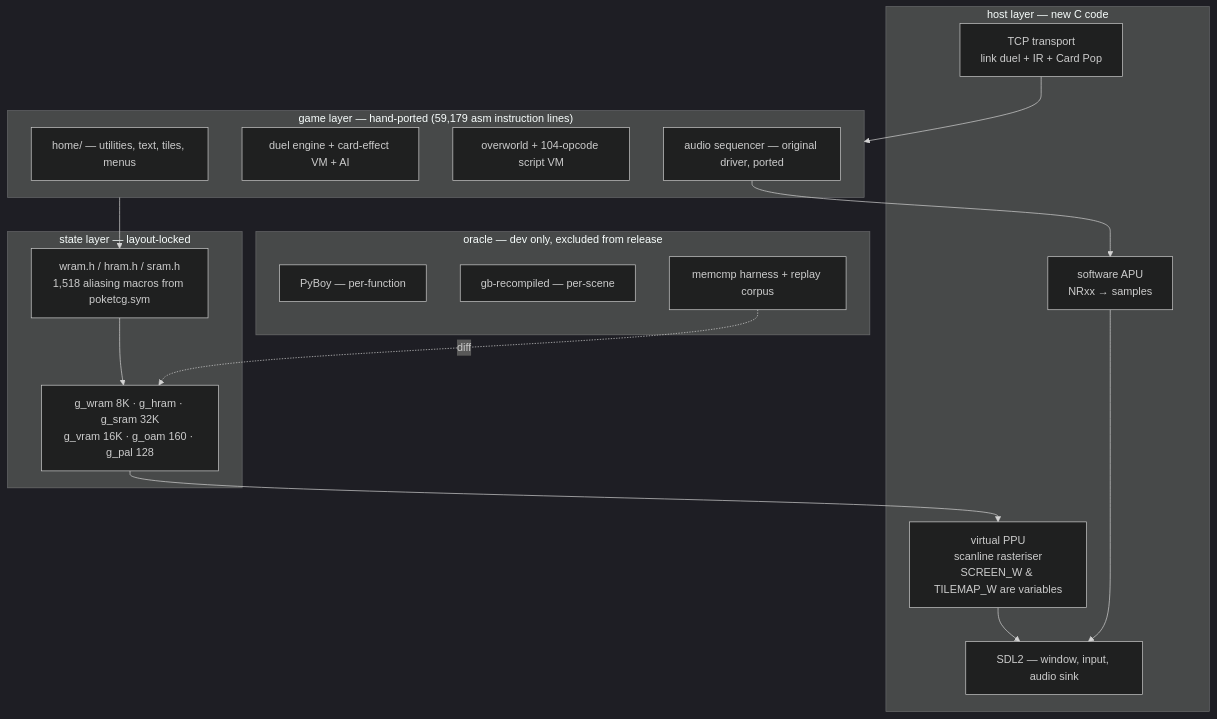
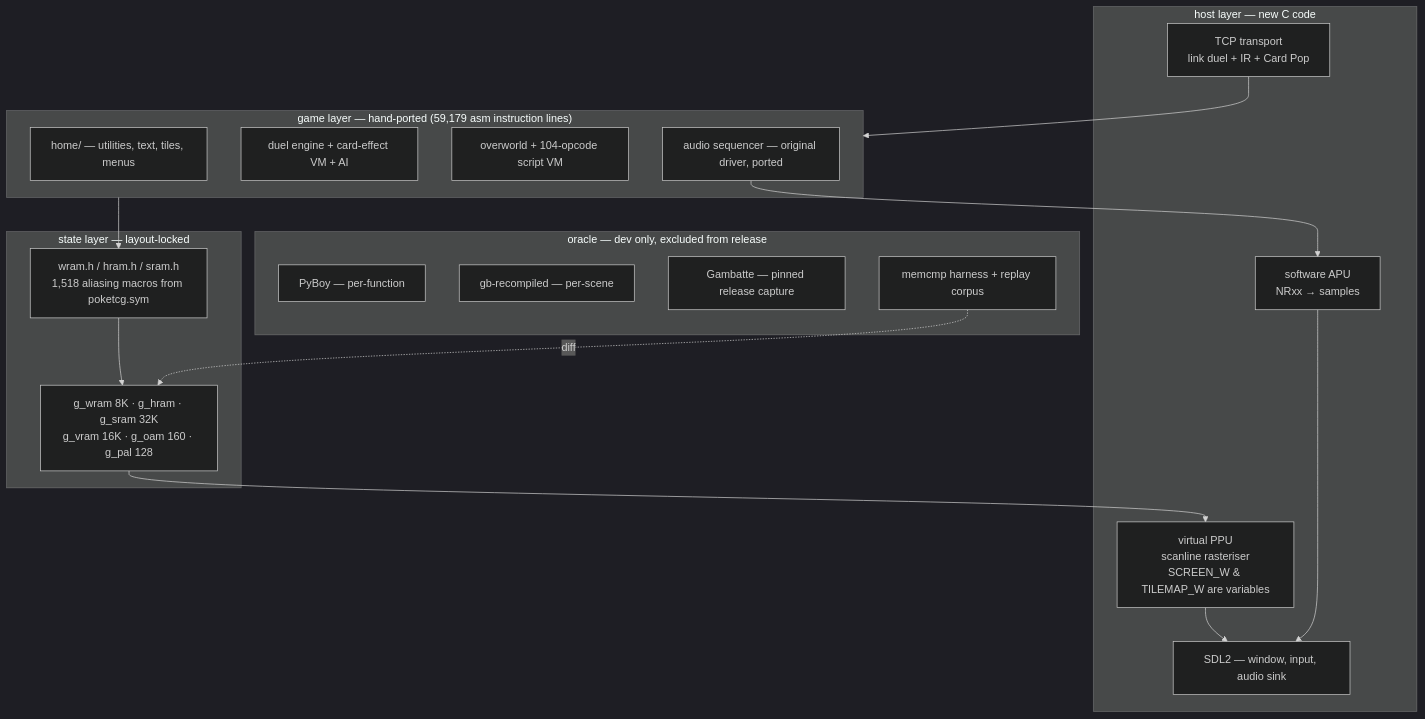
The diagram in docs/vision.md (mp-pinheiro/poketcg-pc), drawn with Mermaid (dark theme) before and after one commit. The commit also changed other lines of this file and 7 other files, not shown here.

````diff
--- a/docs/vision.md
+++ b/docs/vision.md
@@ -64,28 +60,29 @@
 ```mermaid
 graph TB
   subgraph host["host layer — new C code"]
     SDL["SDL2 — window, input, audio sink"]
     PPU["virtual PPU<br/>scanline rasteriser<br/>SCREEN_W &amp; TILEMAP_W are variables"]
     APU["software APU<br/>NRxx → samples"]
     NET["TCP transport<br/>link duel + IR + Card Pop"]
   end
   subgraph mem["state layer — layout-locked"]
     RAM["g_wram 8K · g_hram · g_sram 32K<br/>g_vram 16K · g_oam 160 · g_pal 128"]
     VARS["wram.h / hram.h / sram.h<br/>1,518 aliasing macros from poketcg.sym"]
   end
   subgraph game["game layer — hand-ported (59,179 asm instruction lines)"]
     HOME["home/ — utilities, text, tiles, menus"]
     DUEL["duel engine + card-effect VM + AI"]
     OW["overworld + 104-opcode script VM"]
     SND["audio sequencer — original driver, ported"]
   end
   subgraph oracle["oracle — dev only, excluded from release"]
     PB["PyBoy — per-function"]
     GBR["gb-recompiled — per-scene"]
+    GAM["Gambatte — pinned release capture"]
     CMP["memcmp harness + replay corpus"]
   end
   game --> VARS --> RAM --> PPU --> SDL
   SND --> APU --> SDL
   NET --> game
   CMP -.diff.-> RAM
 ```
````
